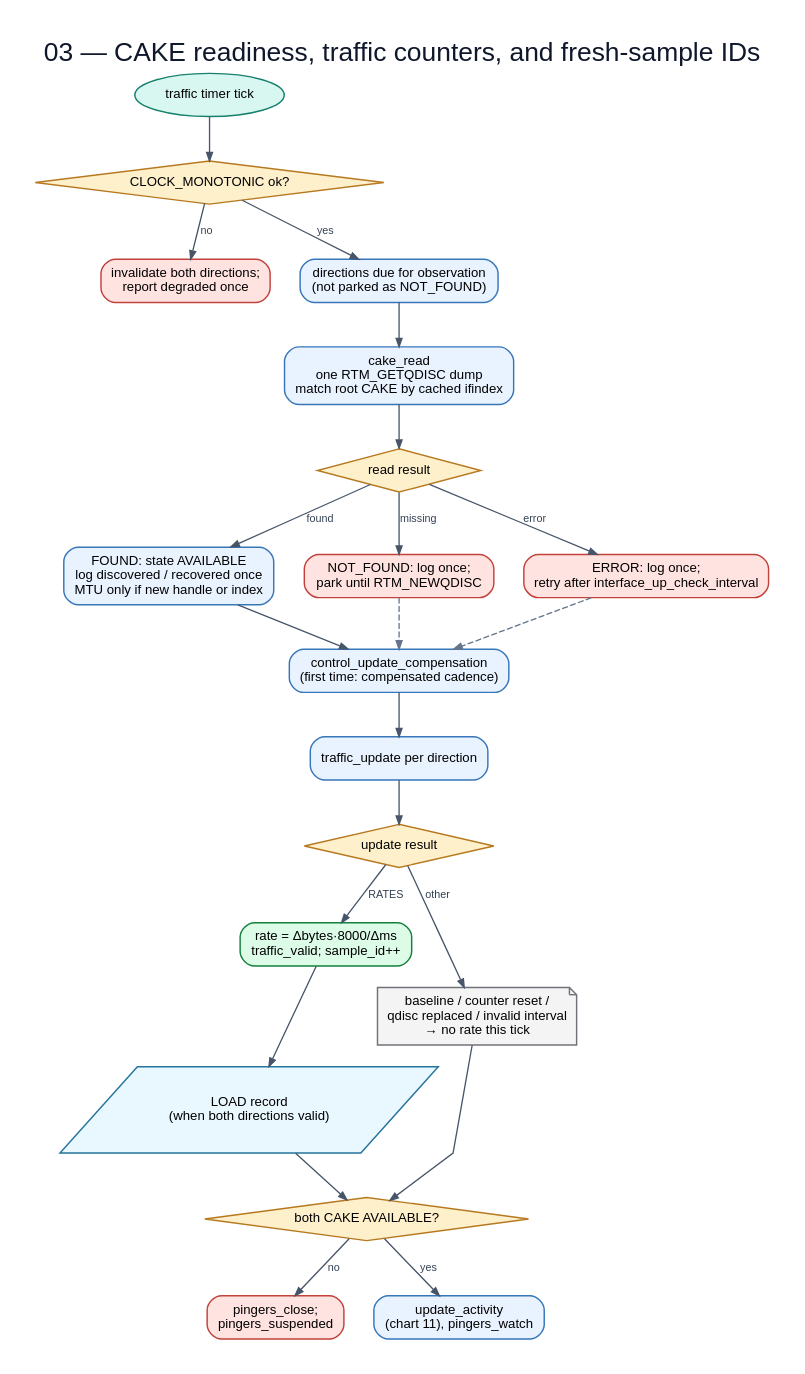
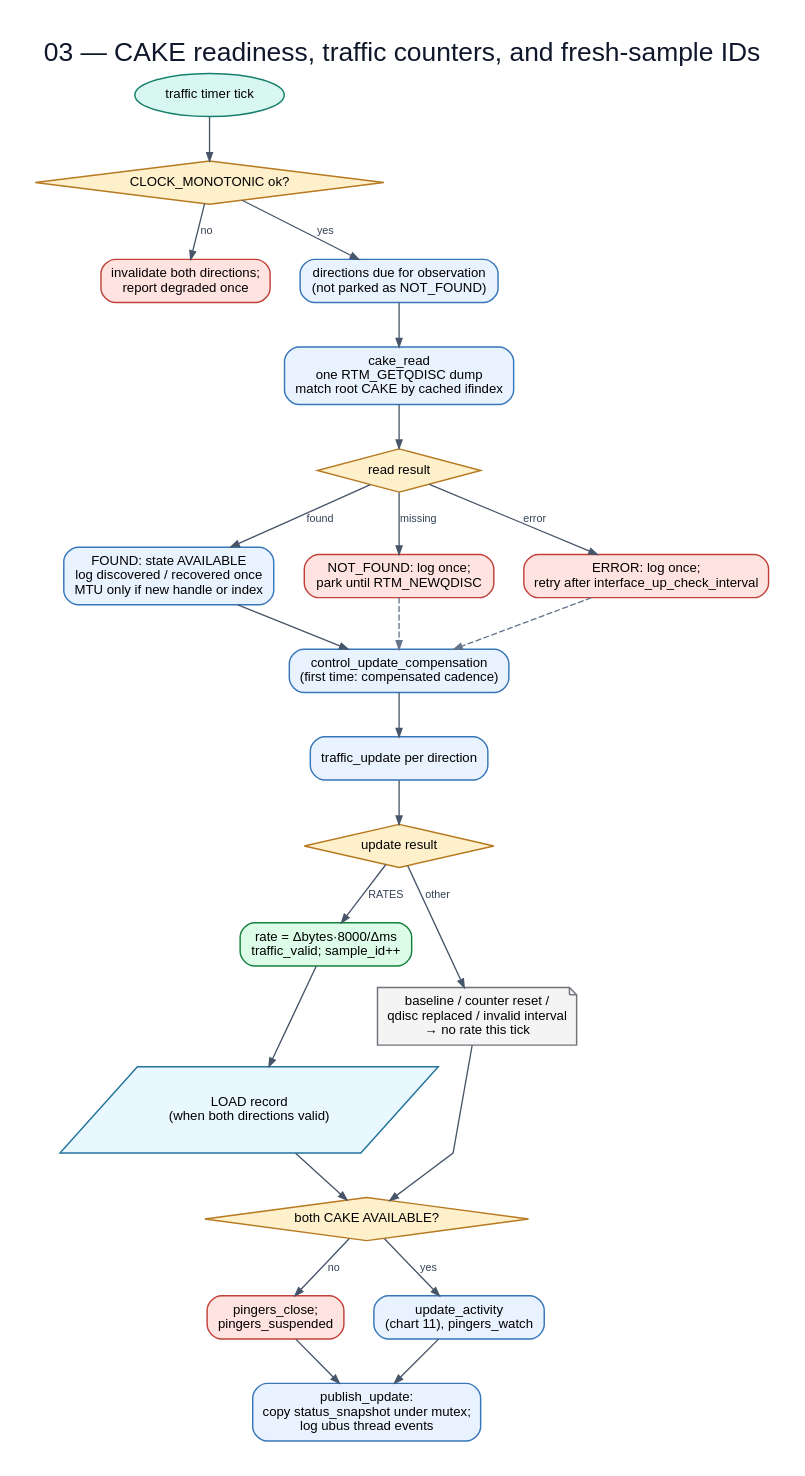
Before and after one commit to huydoan94/cake-adapt: the diagram in flowchart/diagrams/03-cake-and-traffic.dot, drawn with Graphviz. The commit also changed 15 other files, not shown here.

First line of the commit message:
docs, flowchart: LuCI app, ubus status, instance lock and service

```diff
--- a/flowchart/diagrams/03-cake-and-traffic.dot
+++ b/flowchart/diagrams/03-cake-and-traffic.dot
@@ -1,43 +1,46 @@
 digraph G {
   graph [rankdir=TB,bgcolor="white",pad="0.30",nodesep="0.35",ranksep="0.48",splines=polyline,fontname="Arial",label="03 — CAKE readiness, traffic counters, and fresh-sample IDs",labelloc=t,fontsize=22,fontcolor="#0f172a"];
   node [fontname="Arial",fontsize=11,margin="0.14,0.09",penwidth=1.2];
   edge [fontname="Arial",fontsize=9,color="#475569",fontcolor="#334155",arrowsize=0.7,penwidth=1.1];
   tick [label="traffic timer tick",shape=oval,style="filled",fillcolor="#d9f7f1",color="#17806d"];
   clock [label="CLOCK_MONOTONIC ok?",shape=diamond,style="filled",fillcolor="#fff0cc",color="#b7791f"];
   clockfail [label="invalidate both directions;\nreport degraded once",shape=box,style="rounded,filled",fillcolor="#ffe3e0",color="#c2413b"];
   due [label="directions due for observation\n(not parked as NOT_FOUND)",shape=box,style="rounded,filled",fillcolor="#e9f2ff",color="#3676b9"];
   dump [label="cake_read\none RTM_GETQDISC dump\nmatch root CAKE by cached ifindex",shape=box,style="rounded,filled",fillcolor="#e9f2ff",color="#3676b9"];
   result [label="read result",shape=diamond,style="filled",fillcolor="#fff0cc",color="#b7791f"];
   found [label="FOUND: state AVAILABLE\nlog discovered / recovered once\nMTU only if new handle or index",shape=box,style="rounded,filled",fillcolor="#e9f2ff",color="#3676b9"];
   notfound [label="NOT_FOUND: log once;\npark until RTM_NEWQDISC",shape=box,style="rounded,filled",fillcolor="#ffe3e0",color="#c2413b"];
   error [label="ERROR: log once;\nretry after interface_up_check_interval",shape=box,style="rounded,filled",fillcolor="#ffe3e0",color="#c2413b"];
   comp [label="control_update_compensation\n(first time: compensated cadence)",shape=box,style="rounded,filled",fillcolor="#e9f2ff",color="#3676b9"];
   traffic [label="traffic_update per direction",shape=box,style="rounded,filled",fillcolor="#e9f2ff",color="#3676b9"];
   tresult [label="update result",shape=diamond,style="filled",fillcolor="#fff0cc",color="#b7791f"];
   rate [label="rate = Δbytes·8000/Δms\ntraffic_valid; sample_id++",shape=box,style="rounded,filled,bold",fillcolor="#dcfce7",color="#15803d"];
   rebase [label="baseline / counter reset /\nqdisc replaced / invalid interval\n→ no rate this tick",shape=note,style="filled",fillcolor="#f4f4f5",color="#71717a"];
   load [label="LOAD record\n(when both directions valid)",shape=parallelogram,style="filled",fillcolor="#e9f7ff",color="#24749c"];
   ready [label="both CAKE AVAILABLE?",shape=diamond,style="filled",fillcolor="#fff0cc",color="#b7791f"];
   suspend [label="pingers_close;\npingers_suspended",shape=box,style="rounded,filled",fillcolor="#ffe3e0",color="#c2413b"];
   activity [label="update_activity\n(chart 11), pingers_watch",shape=box,style="rounded,filled",fillcolor="#e9f2ff",color="#3676b9"];
+  publish [label="publish_update:\ncopy status_snapshot under mutex;\nlog ubus thread events",shape=box,style="rounded,filled",fillcolor="#e9f2ff",color="#3676b9"];
   tick -> clock;
   clock -> clockfail [label="no"];
   clock -> due [label="yes"];
   due -> dump;
   dump -> result;
   result -> found [label="found"];
   result -> notfound [label="missing"];
   result -> error [label="error"];
   found -> comp;
   notfound -> comp [style=dashed,color="#64748b"];
   error -> comp [style=dashed,color="#64748b"];
   comp -> traffic;
   traffic -> tresult;
   tresult -> rate [label="RATES"];
   tresult -> rebase [label="other"];
   rate -> load;
   load -> ready;
   rebase -> ready;
   ready -> suspend [label="no"];
   ready -> activity [label="yes"];
+  suspend -> publish;
+  activity -> publish;
 }
```
